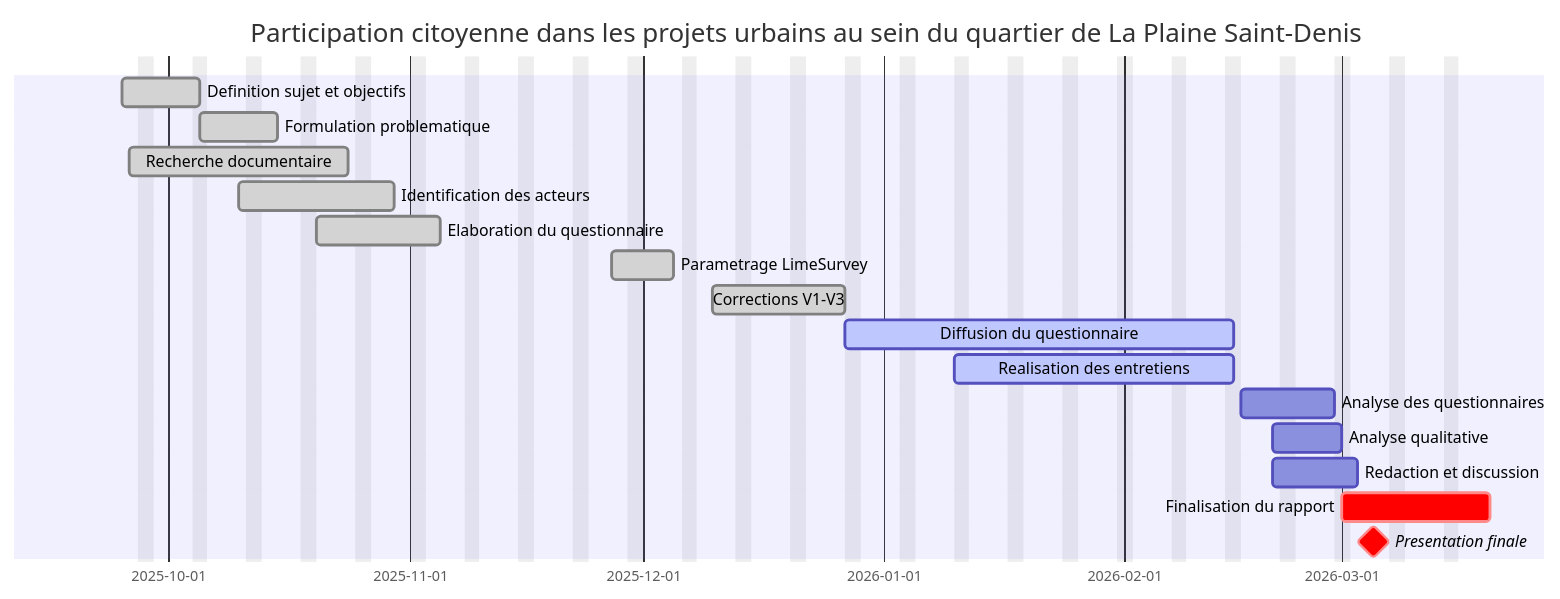
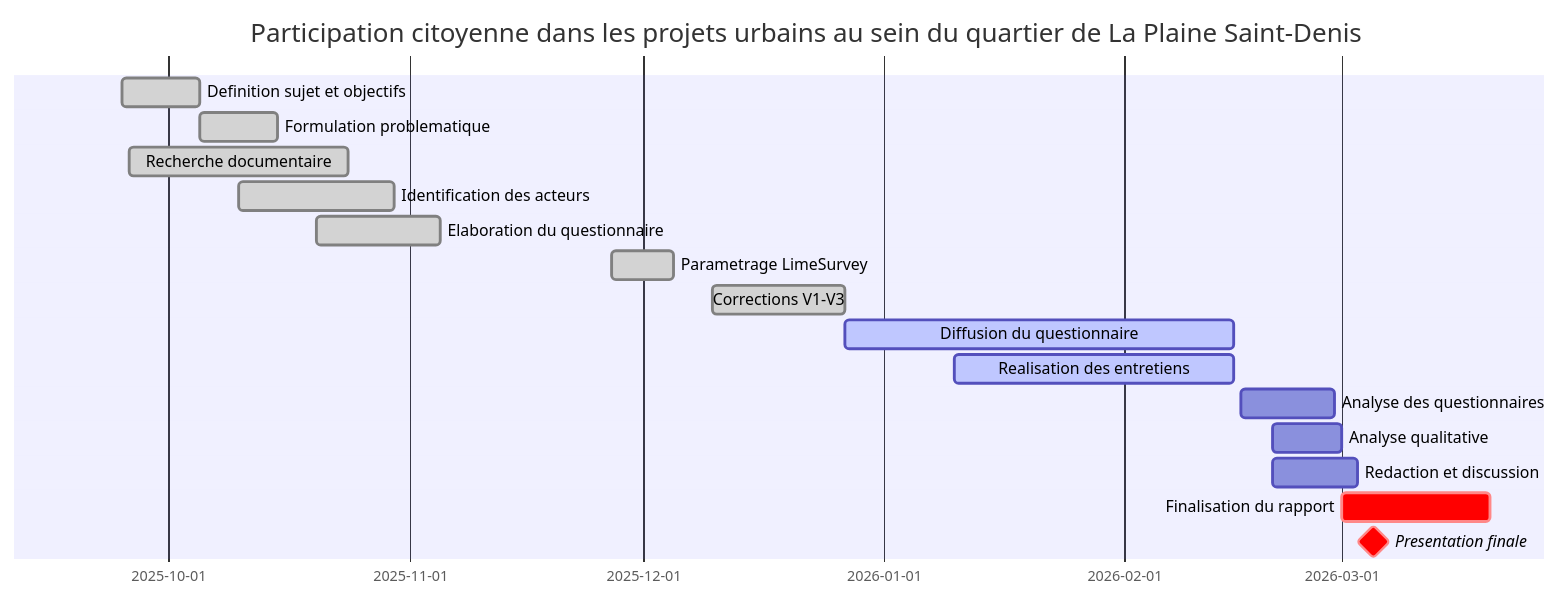
The diagram in etatAvancement.md (kahiarchi/LeBatiment_PlaineSaintDenis), drawn with Mermaid before and after one commit.

Commit message:
Fix Gantt chart date format in etatAvancement.md

````diff
--- a/etatAvancement.md
+++ b/etatAvancement.md
@@ -1,29 +1,28 @@
 ```mermaid
 gantt
+    title Participation citoyenne dans les projets urbains au sein du quartier de La Plaine Saint-Denis
     dateFormat  YYYY-MM-DD
-    title Participation citoyenne dans les projets urbains au sein du quartier de La Plaine Saint-Denis
-    excludes    weekends
     
     Definition sujet et objectifs    :done, t1, 2025-09-25, 2025-10-05
     Formulation problematique        :done, t2, 2025-10-05, 2025-10-15
     Recherche documentaire           :done, t3, 2025-09-26, 2025-10-24
     Identification des acteurs       :done, t6, 2025-10-10, 2025-10-30
 
     
     Elaboration du questionnaire     :done, t7, 2025-10-20, 2025-11-05
     Parametrage LimeSurvey           :done, t8, 2025-11-27, 2025-12-05
     Corrections V1-V3                :done, t9, 2025-12-10, 2025-12-27
 
     
     Diffusion du questionnaire       :active, t12, 2025-12-27, 2026-02-15
     Realisation des entretiens       :active, t15, 2026-01-10, 2026-02-15
 
    
     Analyse des questionnaires       :t16, 2026-02-16, 2026-02-28
     Analyse qualitative              :t17, 2026-02-20, 2026-03-01
     Redaction et discussion          :t18, 2026-02-20, 2026-03-03
     Finalisation du rapport          :crit, t19, 2026-03-01, 2026-03-20
 
     
     Presentation finale              :crit, milestone, 2026-03-05, 0d
 ```
````
